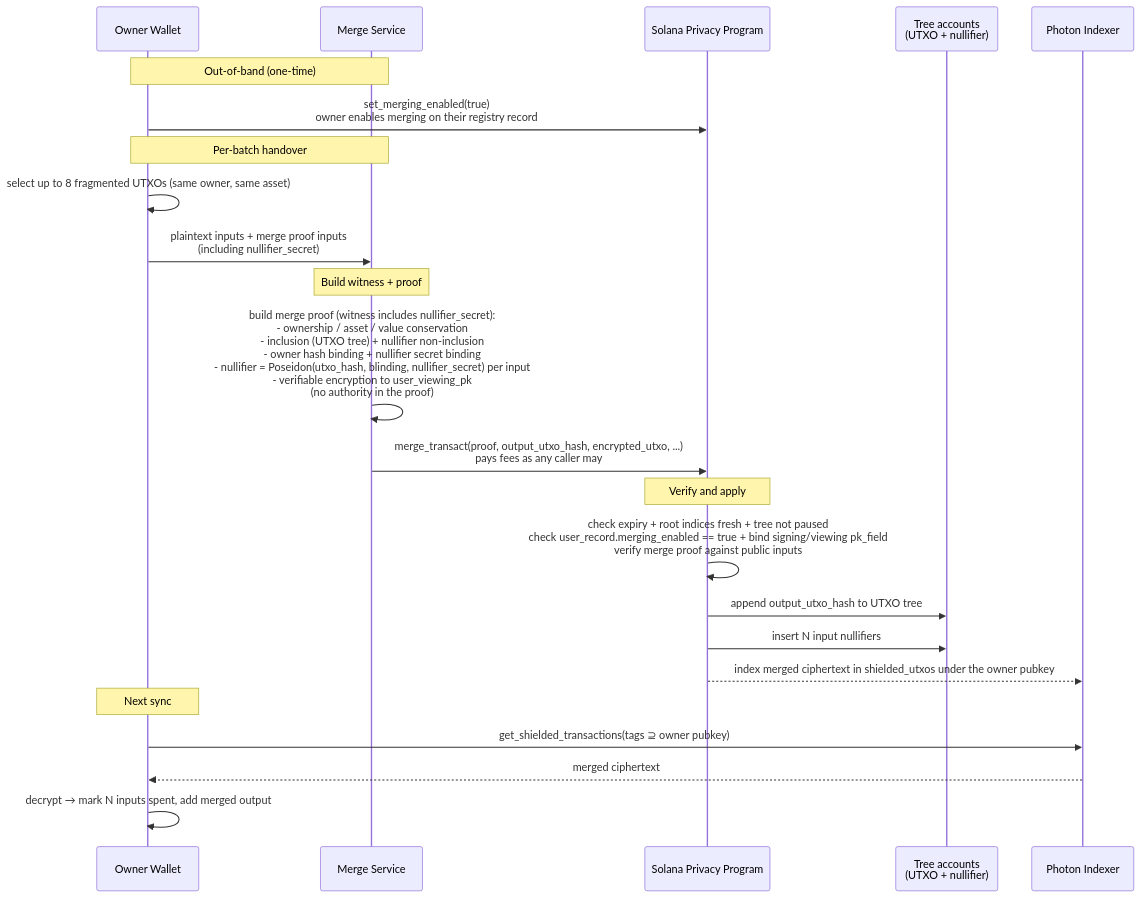
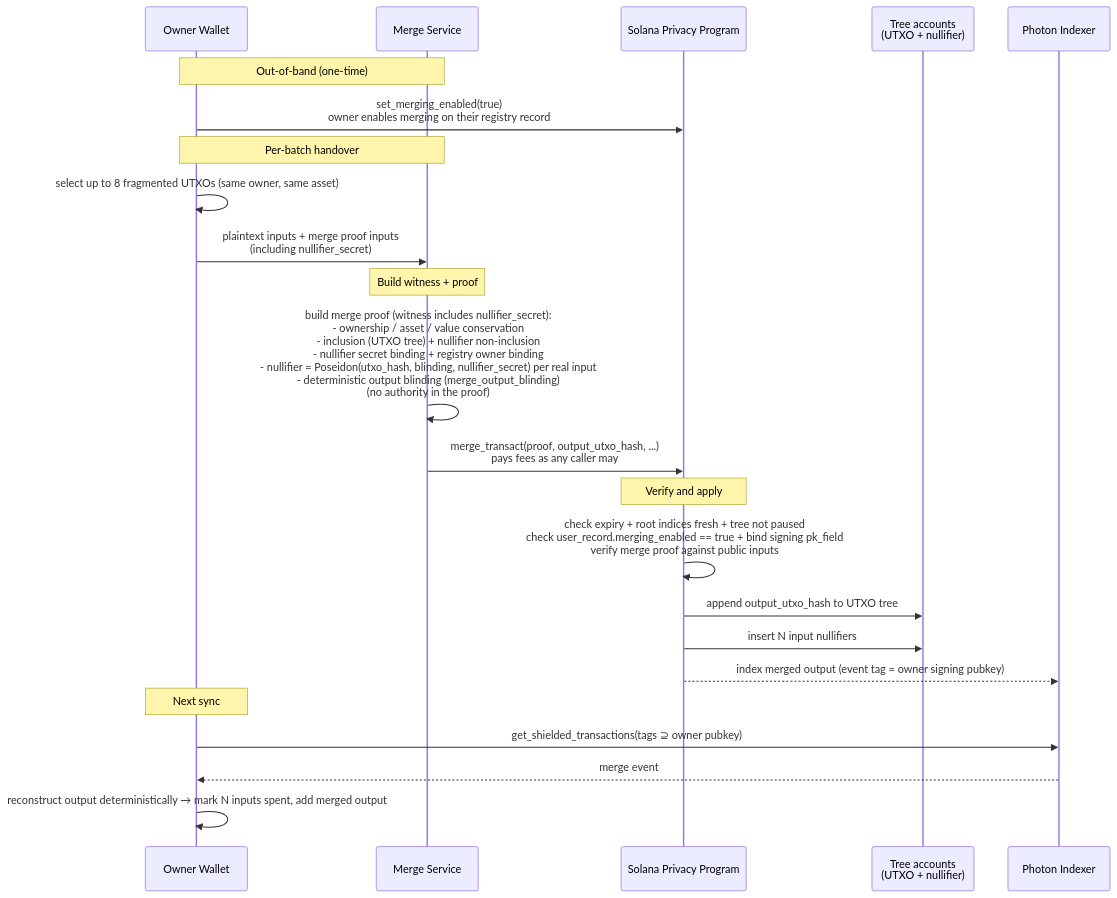
One commit to helius-labs/zolana changed the fifth of 5 diagrams in docs/spec.md. Above: the diagram before and after it, drawn with Mermaid. The commit also changed other lines of this file, not shown here.

````diff
--- a/docs/spec.md
+++ b/docs/spec.md
@@ -2394,30 +2355,30 @@
 ```mermaid
 sequenceDiagram
     participant Wallet as Owner Wallet
     participant Merge as Merge Service
     participant SPP as Solana Privacy Program
     participant Trees as Tree accounts<br/>(UTXO + nullifier)
     participant Indexer as Photon Indexer
 
     Note over Merge,Wallet: Out-of-band (one-time)
     Wallet->>SPP: set_merging_enabled(true)<br/>owner enables merging on their registry record
 
     Note over Wallet,Merge: Per-batch handover
     Wallet->>Wallet: select up to 8 fragmented UTXOs (same owner, same asset)
     Wallet->>Merge: plaintext inputs + merge proof inputs<br/>(including nullifier_secret)
 
     Note over Merge: Build witness + proof
-    Merge->>Merge: build merge proof (witness includes nullifier_secret):<br/>- ownership / asset / value conservation<br/>- inclusion (UTXO tree) + nullifier non-inclusion<br/>- owner hash binding + nullifier secret binding<br/>- nullifier = Poseidon(utxo_hash, blinding, nullifier_secret) per input<br/>- verifiable encryption to user_viewing_pk<br/>(no authority in the proof)
-    Merge->>SPP: merge_transact(proof, output_utxo_hash, encrypted_utxo, ...)<br/>pays fees as any caller may
+    Merge->>Merge: build merge proof (witness includes nullifier_secret):<br/>- ownership / asset / value conservation<br/>- inclusion (UTXO tree) + nullifier non-inclusion<br/>- nullifier secret binding + registry owner binding<br/>- nullifier = Poseidon(utxo_hash, blinding, nullifier_secret) per real input<br/>- deterministic output blinding (merge_output_blinding)<br/>(no authority in the proof)
+    Merge->>SPP: merge_transact(proof, output_utxo_hash, ...)<br/>pays fees as any caller may
 
     Note over SPP: Verify and apply
-    SPP->>SPP: check expiry + root indices fresh + tree not paused<br/>check user_record.merging_enabled == true + bind signing/viewing pk_field<br/>verify merge proof against public inputs
+    SPP->>SPP: check expiry + root indices fresh + tree not paused<br/>check user_record.merging_enabled == true + bind signing pk_field<br/>verify merge proof against public inputs
     SPP->>Trees: append output_utxo_hash to UTXO tree
     SPP->>Trees: insert N input nullifiers
-    SPP-->>Indexer: index merged ciphertext in shielded_utxos under the owner pubkey
+    SPP-->>Indexer: index merged output (event tag = owner signing pubkey)
 
     Note over Wallet: Next sync
     Wallet->>Indexer: get_shielded_transactions(tags ⊇ owner pubkey)
-    Indexer-->>Wallet: merged ciphertext
-    Wallet->>Wallet: decrypt → mark N inputs spent, add merged output
+    Indexer-->>Wallet: merge event
+    Wallet->>Wallet: reconstruct output deterministically → mark N inputs spent, add merged output
 ```
````
